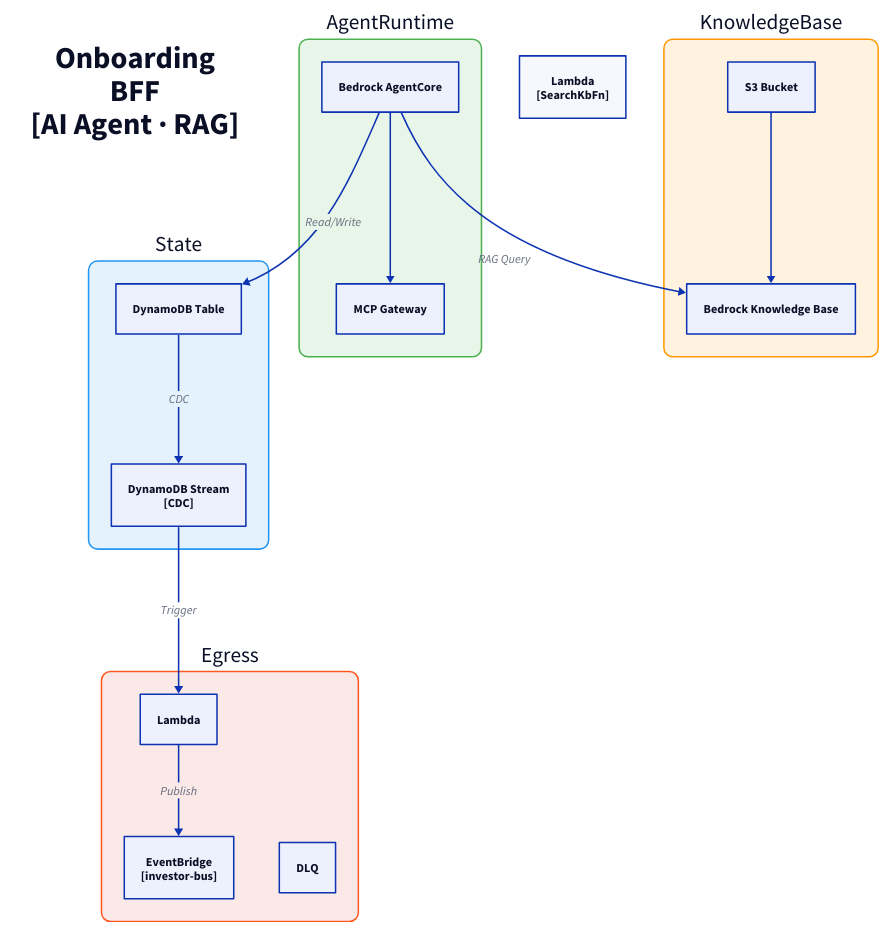
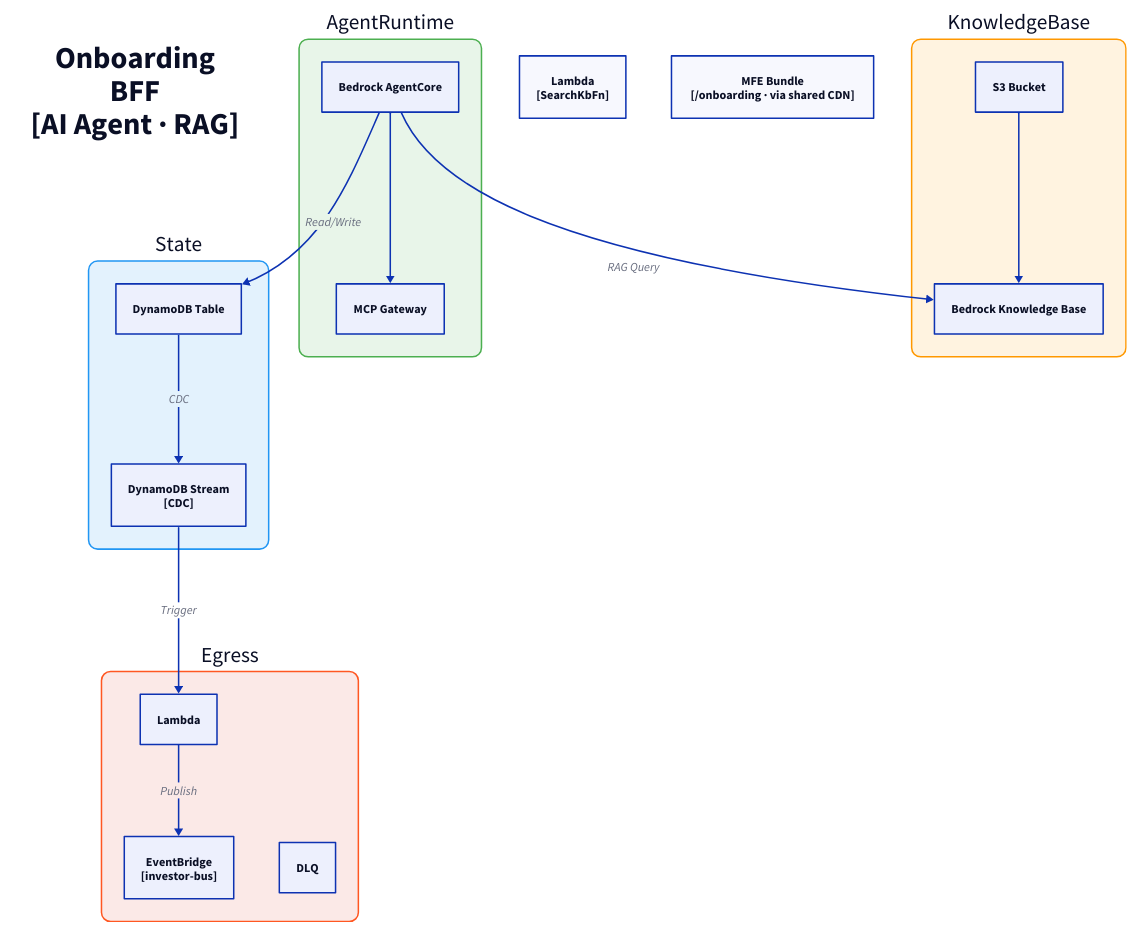
One commit to fabio-vitali/nestfolio changed the diagram in docs/architecture/c3/onboarding-bff.d2. Above: the diagram before and after it, drawn with D2. The commit also changed 23 other files, not shown here.

First line of the commit message:
fix(c4-diagrams): render Broadcaster + MfeBucket, prune orphan C3 files

```diff
--- a/docs/architecture/c3/onboarding-bff.d2
+++ b/docs/architecture/c3/onboarding-bff.d2
@@ -1,42 +1,44 @@
 direction: down
 
 title: "Onboarding\nBFF\n[AI Agent · RAG]" {
   style: { font-size: 40; bold: true; fill: transparent; stroke: transparent }
 }
 
 state: "State" {
   style: { fill: "#E3F2FD"; stroke: "#2196F3"; border-radius: 12; font-size: 28 }
   table: "DynamoDB Table" { class: aws-dynamodb }
   stream: "DynamoDB Stream\n[CDC]" { class: aws-ddb-stream }
   table -> stream: CDC
 }
 
 egress: "Egress" {
   style: { fill: "#FBE9E7"; stroke: "#FF5722"; border-radius: 12; font-size: 28 }
   processor: "Lambda" { class: aws-lambda }
   bus: "EventBridge\n[investor-bus]" { class: aws-eventbridge }
   dlq: "DLQ" { class: aws-dlq }
 
   processor -> bus: Publish
 }
 
 agent-runtime: "AgentRuntime" {
   style: { fill: "#E8F5E9"; stroke: "#4CAF50"; border-radius: 12; font-size: 28 }
   runtime: "Bedrock AgentCore" { class: aws-bedrock }
   gateway: "MCP Gateway" { class: aws-lambda }
   runtime -> gateway
 }
 
 knowledge-base: "KnowledgeBase" {
   style: { fill: "#FFF3E0"; stroke: "#FF9800"; border-radius: 12; font-size: 28 }
   kb: "Bedrock Knowledge Base" { class: aws-bedrock }
   s3: "S3 Bucket" { class: aws-s3 }
   s3 -> kb
 }
 
 search-kb-fn: "Lambda\n[SearchKbFn]" { class: aws-lambda }
 
+mfe-bundle: "MFE Bundle\n[/onboarding · via shared CDN]" { class: aws-s3 }
+
 # Flows
 state.stream -> egress.processor: Trigger
 agent-runtime.runtime -> knowledge-base.kb: RAG Query
 agent-runtime.runtime -> state.table: Read/Write
```
